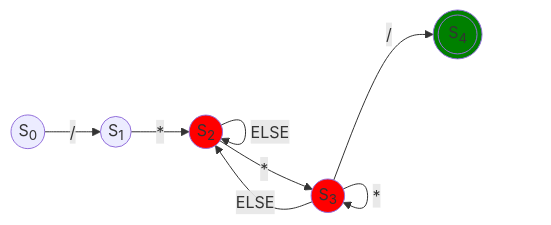
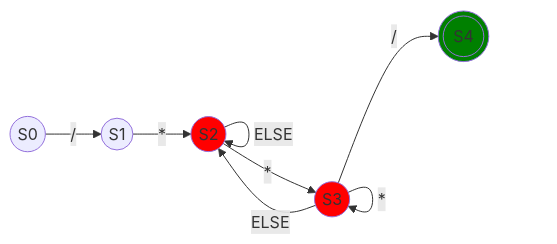
The second of 2 diagrams in grammar/lexical_analysis/comments.md (henryk-kramer/quartz-lang), drawn with Mermaid before and after one commit. The commit also changed other lines of this file and 1 other file, not shown here.

Commit message:
Removed subscript from Markdown since it does not work with GitHubs mermaid graphs

````diff
--- a/grammar/lexical_analysis/comments.md
+++ b/grammar/lexical_analysis/comments.md
@@ -46,19 +46,19 @@
 ```mermaid
 graph LR;
-    A((S<sub>0</sub>))
-    B((S<sub>1</sub>))
-    C((S<sub>2</sub>))
-    D((S<sub>3</sub>))
-    E(((S<sub>4</sub>)))
+    A((S0))
+    B((S1))
+    C((S2))
+    D((S3))
+    E(((S4)))
     style C fill: red
     style D fill: red
     style E fill: green
 
 
     A -- / --> B
     B -- * --> C
     C -- ELSE --> C
     C & D-- * --> D
     D -- / --> E
     D -- ELSE --> C
 ```
````
